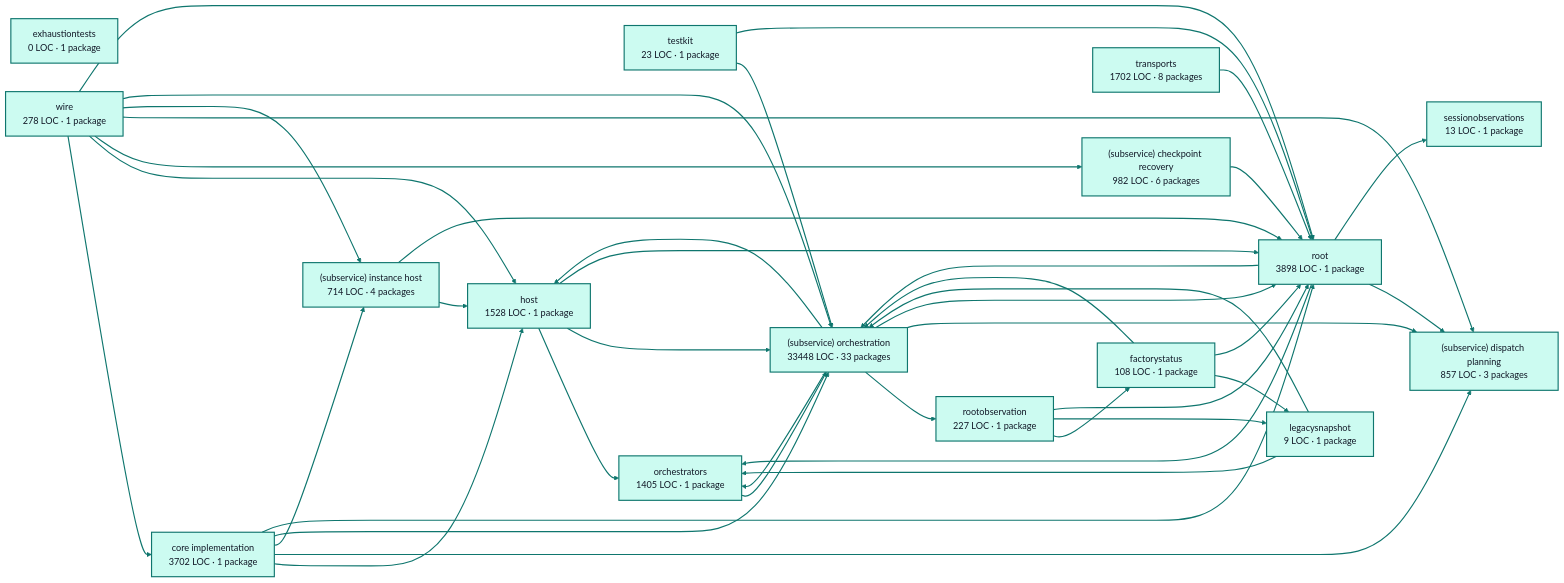
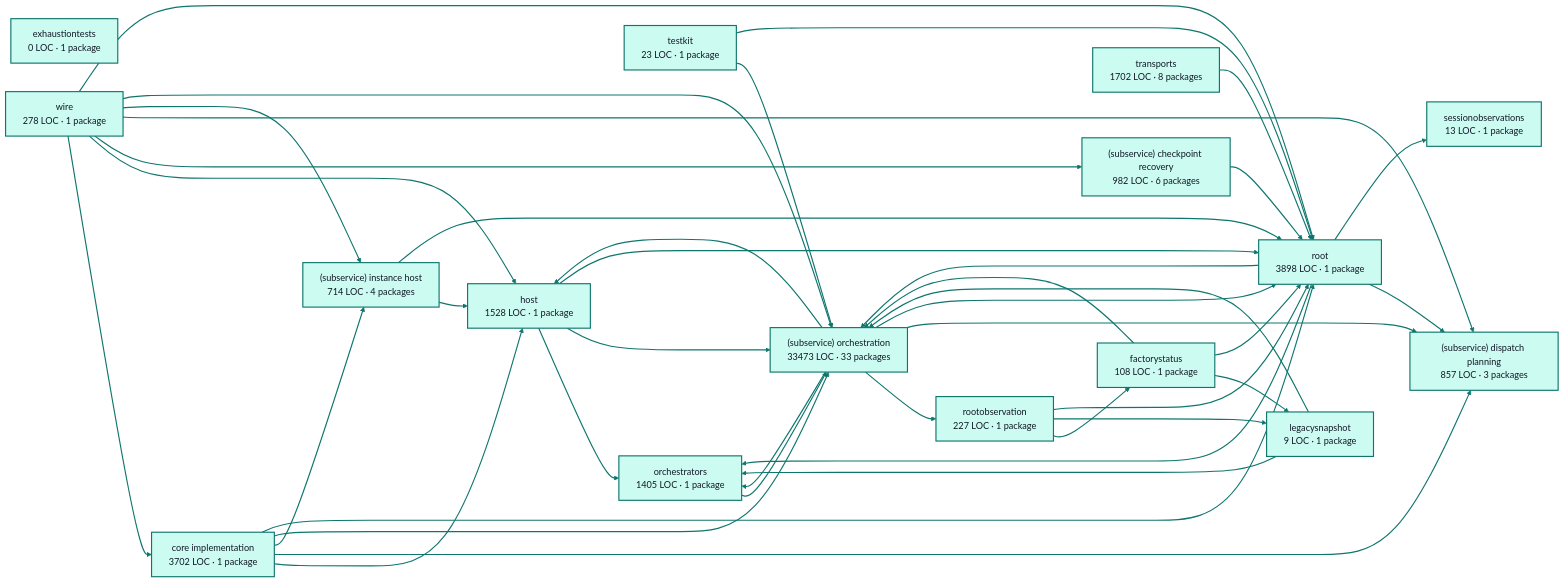
One commit to portpowered/you-agent-factory changed the diagram in docs/architecture/visualizations/services/factory_runtime.md. Above: the diagram before and after it, drawn with Mermaid (forest theme). The commit also changed other lines of this file and 20 other files, not shown here.

Commit message:
docs: refresh backend architecture visualizations

````diff
--- a/docs/architecture/visualizations/services/factory_runtime.md
+++ b/docs/architecture/visualizations/services/factory_runtime.md
@@ -11,75 +11,75 @@
 ```mermaid
 flowchart LR
   p0["core implementation<br/>3702 LOC · 1 package"]
   p1["exhaustiontests<br/>0 LOC · 1 package"]
   p2["factorystatus<br/>108 LOC · 1 package"]
   p3["host<br/>1528 LOC · 1 package"]
   p4["legacysnapshot<br/>9 LOC · 1 package"]
   p5["orchestrators<br/>1405 LOC · 1 package"]
   p6["rootobservation<br/>227 LOC · 1 package"]
   p7["(subservice) checkpoint recovery<br/>982 LOC · 6 packages"]
   p8["(subservice) dispatch planning<br/>857 LOC · 3 packages"]
   p9["(subservice) instance host<br/>714 LOC · 4 packages"]
-  p10["(subservice) orchestration<br/>33448 LOC · 33 packages"]
+  p10["(subservice) orchestration<br/>33473 LOC · 33 packages"]
   p11["sessionobservations<br/>13 LOC · 1 package"]
   p12["testkit<br/>23 LOC · 1 package"]
   p13["root<br/>3898 LOC · 1 package"]
   p14["transports<br/>1702 LOC · 8 packages"]
   p15["wire<br/>278 LOC · 1 package"]
   p0 --> p3
   p0 --> p8
   p0 --> p9
   p0 --> p10
   p0 --> p13
   p2 --> p4
   p2 --> p10
   p2 --> p13
   p3 --> p5
   p3 --> p10
   p3 --> p13
   p4 --> p5
   p4 --> p10
   p5 --> p10
   p6 --> p2
   p6 --> p4
   p6 --> p13
   p7 --> p13
   p9 --> p3
   p9 --> p13
   p10 --> p3
   p10 --> p5
   p10 --> p6
   p10 --> p8
   p10 --> p13
   p12 --> p10
   p12 --> p13
   p13 --> p5
   p13 --> p8
   p13 --> p10
   p13 --> p11
   p14 --> p13
   p15 --> p0
   p15 --> p3
   p15 --> p7
   p15 --> p8
   p15 --> p9
   p15 --> p10
   p15 --> p13
   style p0 fill:#ccfbf1,stroke:#0f766e,stroke-width:2px,color:#111827
   style p1 fill:#ccfbf1,stroke:#0f766e,stroke-width:2px,color:#111827
   style p2 fill:#ccfbf1,stroke:#0f766e,stroke-width:2px,color:#111827
   style p3 fill:#ccfbf1,stroke:#0f766e,stroke-width:2px,color:#111827
   style p4 fill:#ccfbf1,stroke:#0f766e,stroke-width:2px,color:#111827
   style p5 fill:#ccfbf1,stroke:#0f766e,stroke-width:2px,color:#111827
   style p6 fill:#ccfbf1,stroke:#0f766e,stroke-width:2px,color:#111827
   style p7 fill:#ccfbf1,stroke:#0f766e,stroke-width:2px,color:#111827
   style p8 fill:#ccfbf1,stroke:#0f766e,stroke-width:2px,color:#111827
   style p9 fill:#ccfbf1,stroke:#0f766e,stroke-width:2px,color:#111827
   style p10 fill:#ccfbf1,stroke:#0f766e,stroke-width:2px,color:#111827
   style p11 fill:#ccfbf1,stroke:#0f766e,stroke-width:2px,color:#111827
   style p12 fill:#ccfbf1,stroke:#0f766e,stroke-width:2px,color:#111827
   style p13 fill:#ccfbf1,stroke:#0f766e,stroke-width:2px,color:#111827
   style p14 fill:#ccfbf1,stroke:#0f766e,stroke-width:2px,color:#111827
   style p15 fill:#ccfbf1,stroke:#0f766e,stroke-width:2px,color:#111827
   linkStyle default stroke:#0f766e,stroke-width:2px
 ```
````
